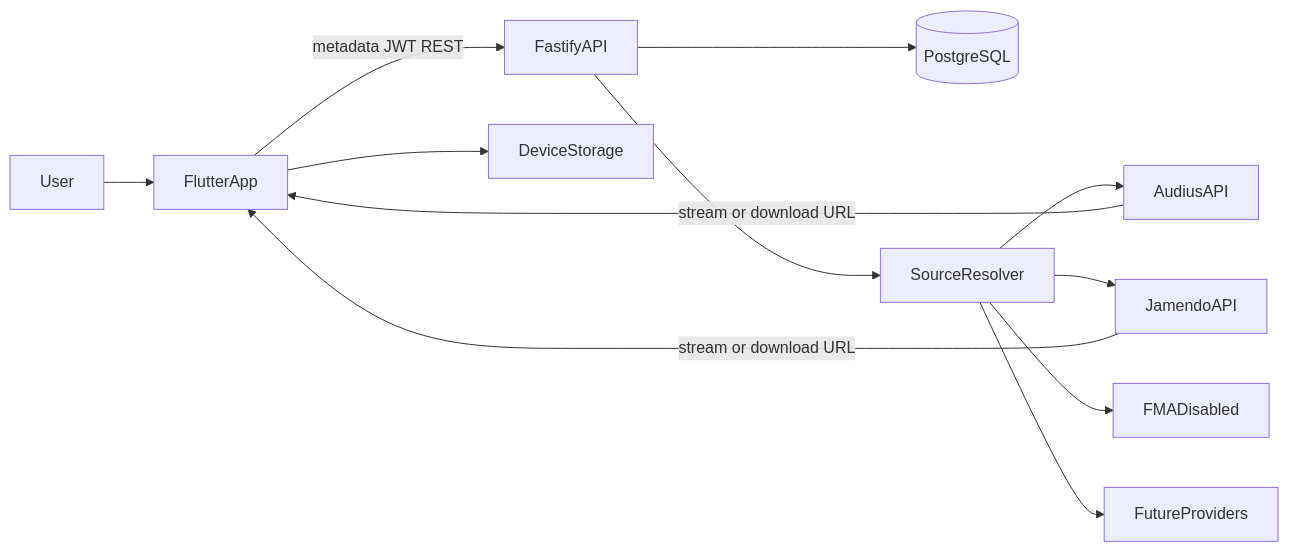
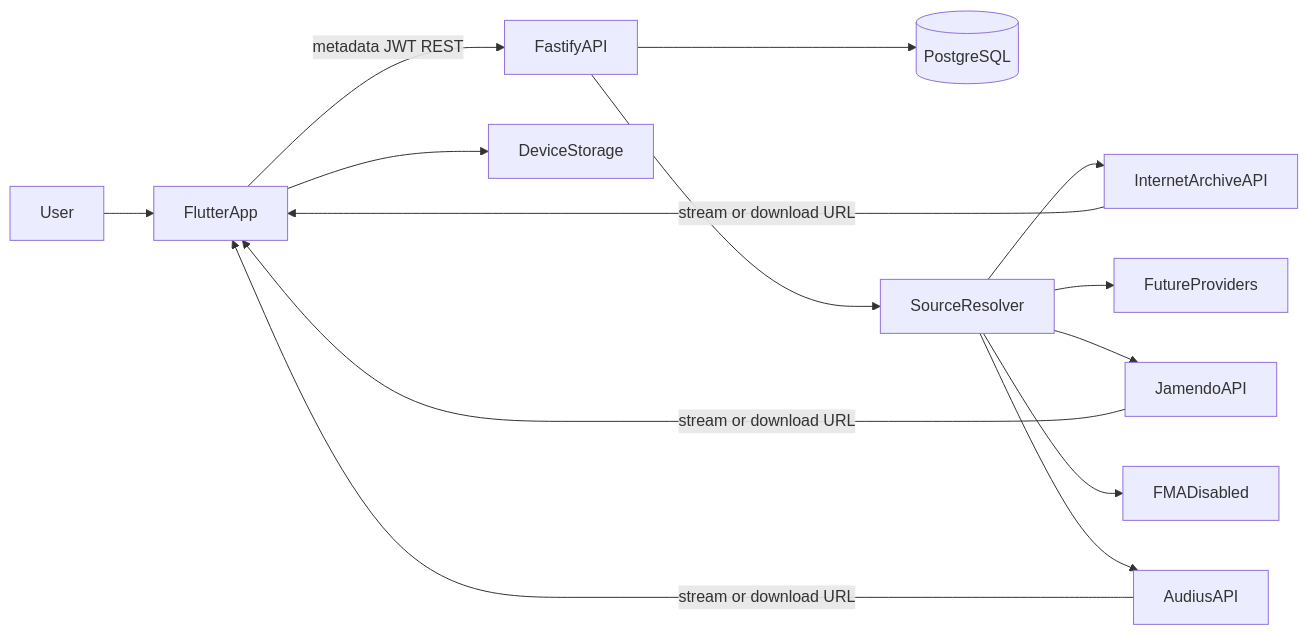
The first of 2 diagrams in ARCHITECTURE.md (santoshkushwaha53/OpenTune), drawn with Mermaid before and after one commit. The commit also changed other lines of this file and 31 other files, not shown here.

First line of the commit message:
Add Internet Archive as a licensed open-catalog source.

````diff
--- a/ARCHITECTURE.md
+++ b/ARCHITECTURE.md
@@ -26,25 +26,28 @@
 ```mermaid
 flowchart LR
   user[User]
   flutter[FlutterApp]
   api[FastifyAPI]
   pg[(PostgreSQL)]
   resolver[SourceResolver]
   jamendo[JamendoAPI]
   audius[AudiusAPI]
+  archive[InternetArchiveAPI]
   fma[FMADisabled]
   other[FutureProviders]
   device[DeviceStorage]
 
   user --> flutter
   flutter -->|metadata JWT REST| api
   api --> pg
   api --> resolver
   resolver --> audius
   resolver --> jamendo
+  resolver --> archive
   resolver --> fma
   resolver --> other
   audius -->|stream or download URL| flutter
   jamendo -->|stream or download URL| flutter
+  archive -->|stream or download URL| flutter
   flutter --> device
 ```
````
